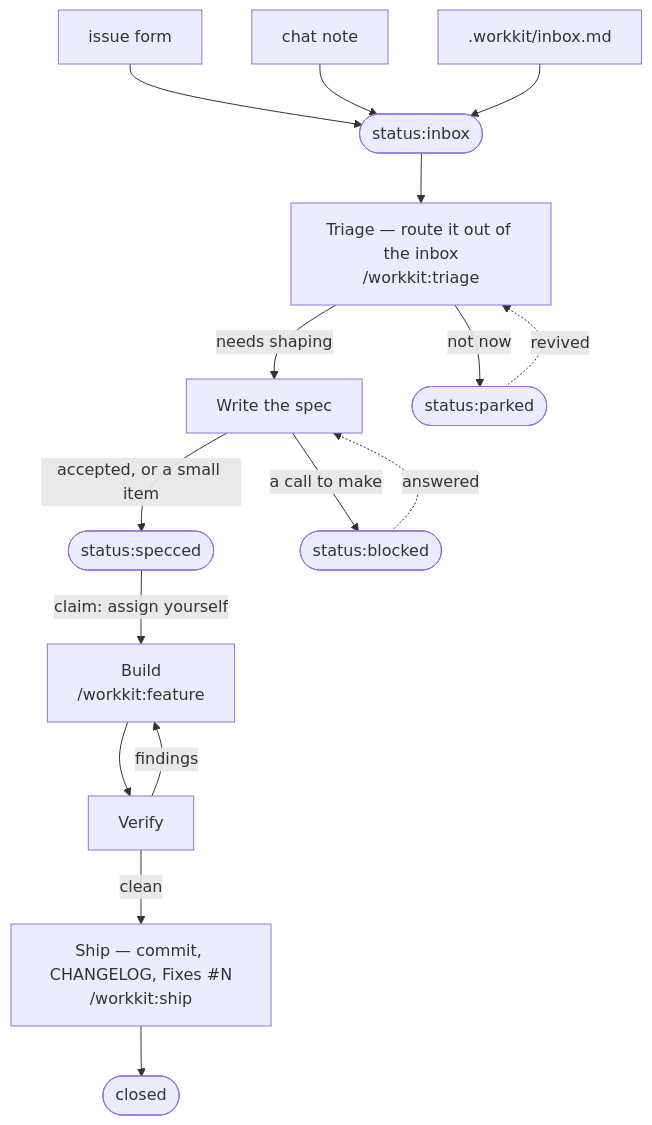
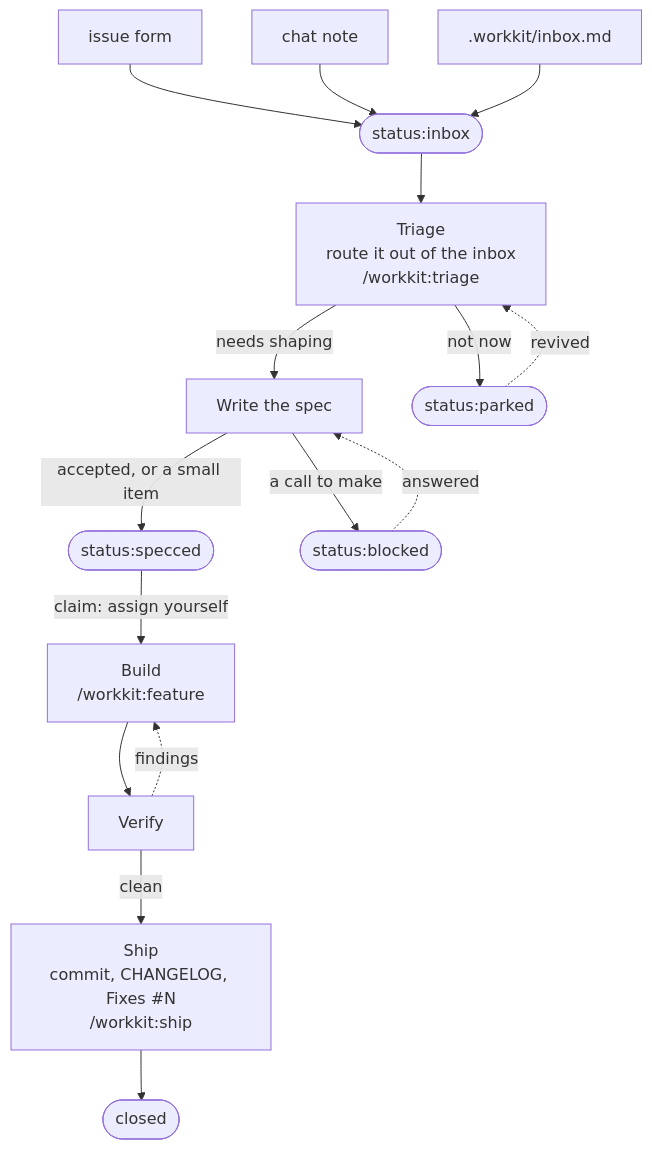
One commit to itw-creative-works/workkit changed the first of 2 diagrams in README.md. Above: the diagram before and after it, drawn with Mermaid. The commit also changed other lines of this file and 3 other files, not shown here.

````diff
--- a/README.md
+++ b/README.md
@@ -7,18 +7,18 @@
 ```mermaid
 flowchart TB
     Form["issue form"] --> Inbox([status:inbox])
     Note["chat note"] --> Inbox
     File[".workkit/inbox.md"] --> Inbox
-    Inbox --> Triage["Triage — route it out of the inbox<br>/workkit:triage"]
+    Inbox --> Triage["Triage<br>route it out of the inbox<br>/workkit:triage"]
     Triage -->|needs shaping| Spec["Write the spec"]
     Triage -->|not now| Parked([status:parked])
     Parked -.->|revived| Triage
     Spec -->|accepted, or a small item| Specced([status:specced])
     Spec -->|a call to make| Blocked([status:blocked])
     Blocked -.->|answered| Spec
     Specced -->|claim: assign yourself| Build["Build<br>/workkit:feature"]
     Build --> Verify["Verify"]
-    Verify -->|findings| Build
-    Verify -->|clean| Ship["Ship — commit, CHANGELOG, Fixes #N<br>/workkit:ship"]
+    Verify -.->|findings| Build
+    Verify -->|clean| Ship["Ship<br>commit, CHANGELOG, Fixes #N<br>/workkit:ship"]
     Ship --> Closed([closed])
 ```
````
